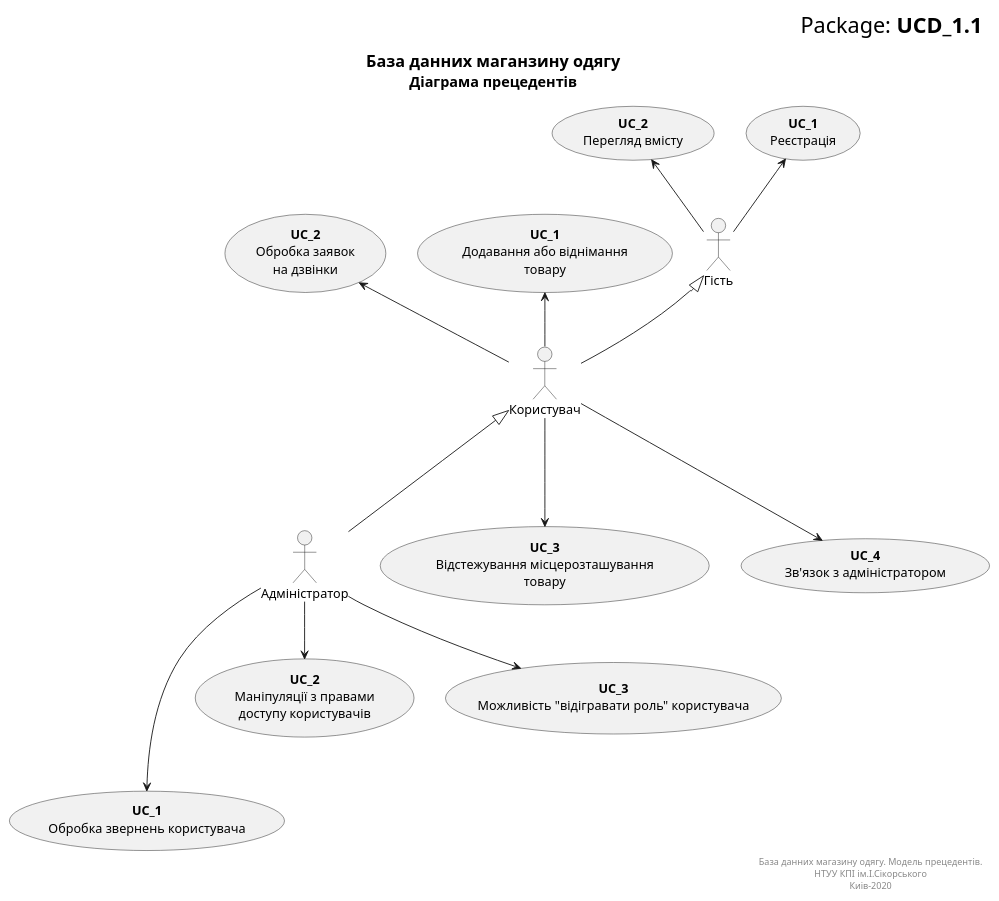
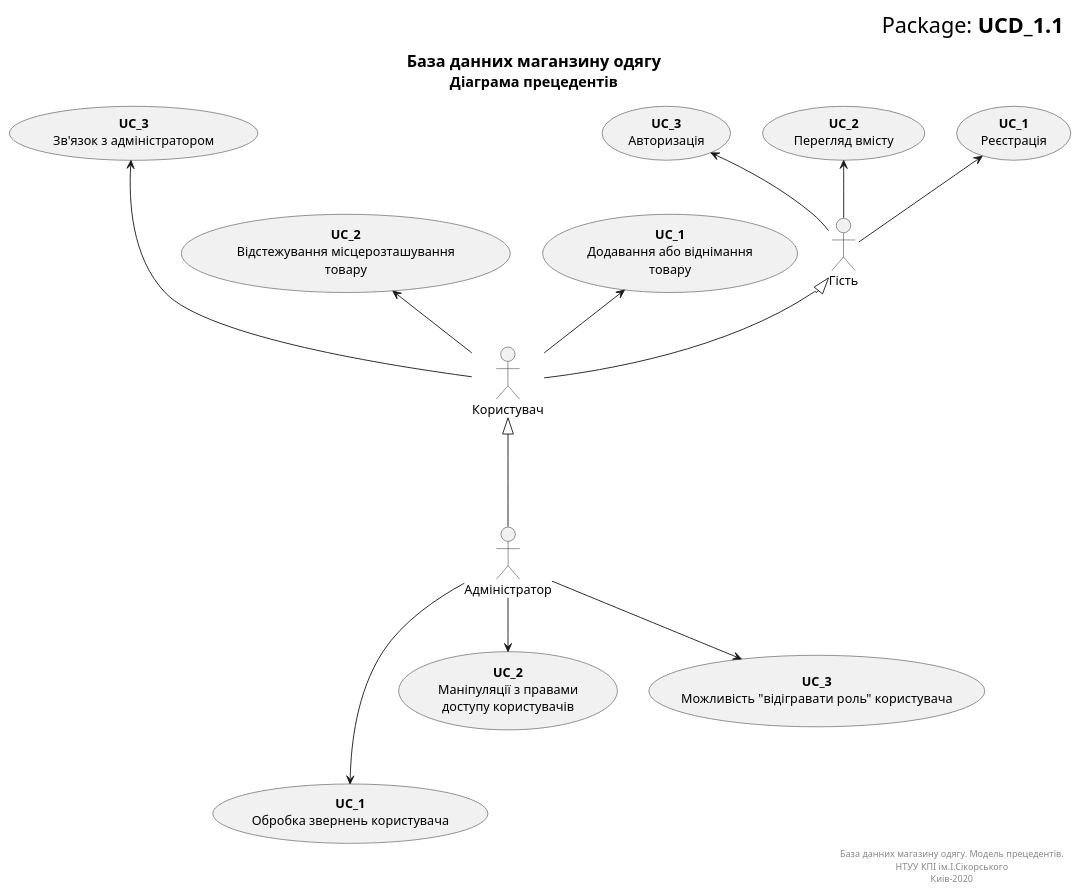
Before and after one commit to kirilinsane/Team2: the diagram in Doc/UMLdiagrams/general/ModelView.pu, drawn with PlantUML.

```diff
--- a/Doc/UMLdiagrams/general/ModelView.pu
+++ b/Doc/UMLdiagrams/general/ModelView.pu
@@ -1,60 +1,62 @@
 @startuml
 right header
 <font size=24 color=black>Package: <b>UCD_1.1
 end header
 
 title
 <font size=18 color=black>База данних маганзину одягу
 <font size=16 color=black>Діаграма прецедентів
 end title
 
 actor "Гість" as Guest
 actor "Користувач" as User
 actor "Адміністратор" as Admin
 
 ' UCes for Guest:
 usecase "<b>UC_1</b>\nРеєстрація" as UC1_Guest
 usecase "<b>UC_2</b>\nПерегляд вмісту" as UC2_Guest
+usecase "<b>UC_3</b>\nАвторизація" as UC3_Guest
+
 
 
 ' UCes for User:
 usecase "<b>UC_1</b>\nДодавання або віднімання\nтовару" as UC1_User
-usecase "<b>UC_2</b>\nОбробка заявок\nна дзвінки" as UC2_User
-usecase "<b>UC_3</b>\nВідстежування місцерозташування\nтовару" as UC3_User
-usecase "<b>UC_4</b>\nЗв'язок з адміністратором" as UC4_User
+usecase "<b>UC_2</b>\nВідстежування місцерозташування\nтовару" as UC2_User
+usecase "<b>UC_3</b>\nЗв'язок з адміністратором" as UC3_User
 
 
 ' UCes for Admin:
 usecase "<b>UC_1</b>\nОбробка звернень користувача" as UC1_Admin
 usecase "<b>UC_2</b>\nМаніпуляції з правами\nдоступу користувачів" as UC2_Admin
 usecase "<b>UC_3</b>\nМожливість "відігравати роль" користувача" as UC3_Admin
 
 
 ' Actors connections
 User -u-|> Guest
 
 Admin -u--|> User
 
 
 ' UCes connectios
 Guest -u-> UC1_Guest
 Guest -u-> UC2_Guest
+Guest -u-> UC3_Guest
+
 
 
 User -u-> UC1_User
 User -u-> UC2_User
-User -d--> UC3_User
-User -d--> UC4_User
+User -u--> UC3_User
 
 
 Admin -d--> UC1_Admin
 Admin -d-> UC2_Admin
 Admin -d-> UC3_Admin
 
 
 right footer
 База данних магазину одягу. Модель прецедентів.
 НТУУ КПІ ім.І.Сікорського
 Киів-2020
 end footer
 @enduml
```
